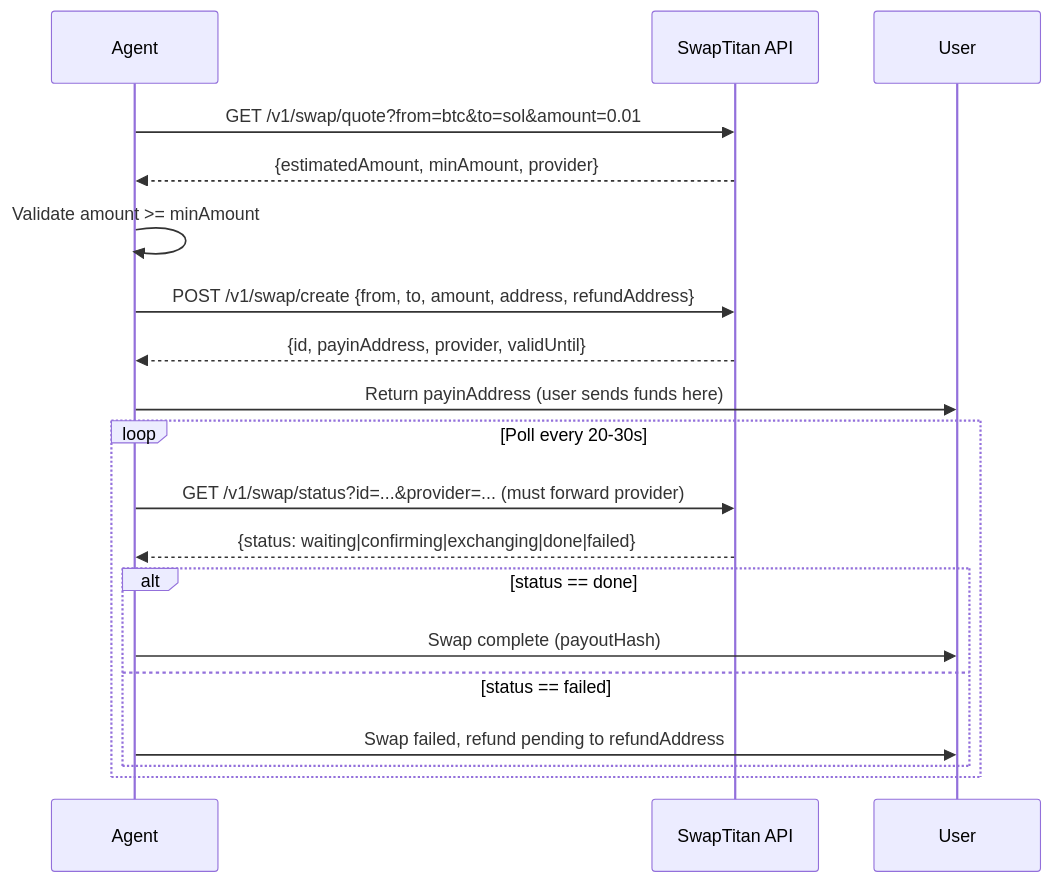
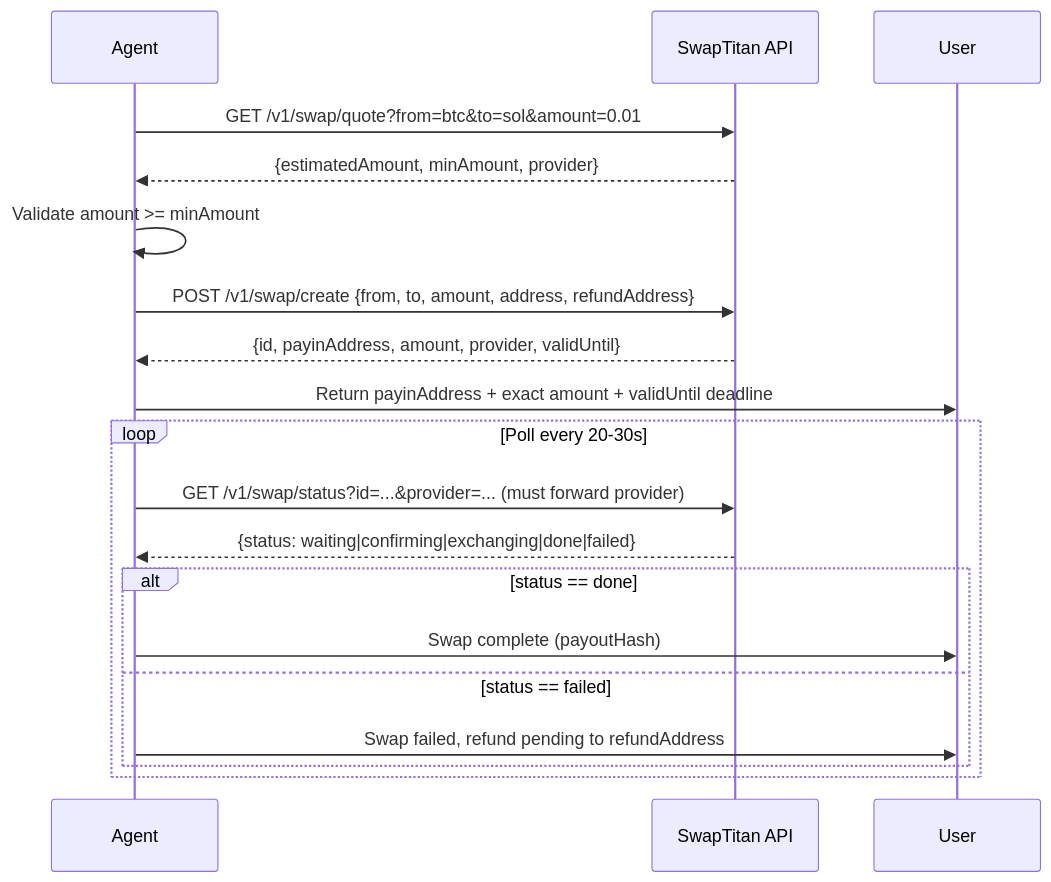
Before and after one commit to polsolbridge/pay-skills: the diagram in providers/swaptitan/swap/PAY.md, drawn with Mermaid. The commit also changed other lines of this file, not shown here.

Commit message:
Fix: document amount+validUntil from create response in agent flow

````diff
--- a/providers/swaptitan/swap/PAY.md
+++ b/providers/swaptitan/swap/PAY.md
@@ -47,26 +47,26 @@
 ```mermaid
 sequenceDiagram
     participant Agent
     participant SwapTitan as SwapTitan API
     participant User
 
     Agent->>SwapTitan: GET /v1/swap/quote?from=btc&to=sol&amount=0.01
     SwapTitan-->>Agent: {estimatedAmount, minAmount, provider}
 
     Agent->>Agent: Validate amount >= minAmount
 
     Agent->>SwapTitan: POST /v1/swap/create {from, to, amount, address, refundAddress}
-    SwapTitan-->>Agent: {id, payinAddress, provider, validUntil}
+    SwapTitan-->>Agent: {id, payinAddress, amount, provider, validUntil}
 
-    Agent->>User: Return payinAddress (user sends funds here)
+    Agent->>User: Return payinAddress + exact amount + validUntil deadline
 
     loop Poll every 20-30s
         Agent->>SwapTitan: GET /v1/swap/status?id=...&provider=... (must forward provider)
         SwapTitan-->>Agent: {status: waiting|confirming|exchanging|done|failed}
         alt status == done
             Agent->>User: Swap complete (payoutHash)
         else status == failed
             Agent->>User: Swap failed, refund pending to refundAddress
         end
     end
 ```
````
